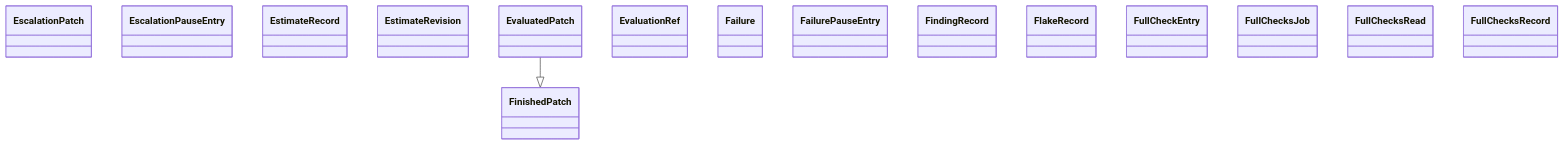
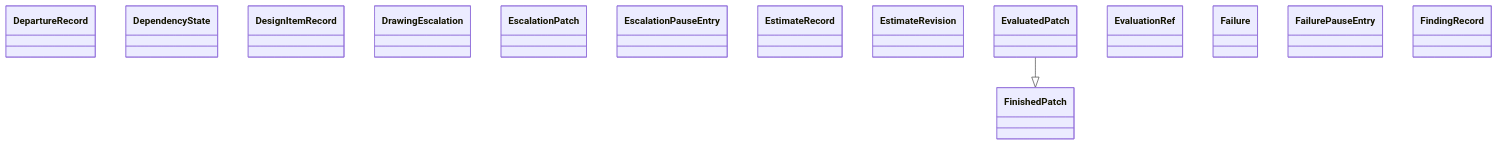
The diagram in docs/architecture/generated/classes-process-domain-state-5.md (GonzaloZevallos/agentic-system), drawn with Mermaid before and after one commit. The commit also changed other lines of this file and 27 other files, not shown here.

First line of the commit message:
Regenerate the architecture docs over current master

````diff
--- a/docs/architecture/generated/classes-process-domain-state-5.md
+++ b/docs/architecture/generated/classes-process-domain-state-5.md
@@ -29,19 +30,18 @@
 ```mermaid
 classDiagram
+    class task__DepartureRecord["DepartureRecord"]
+    class task__DependencyState["DependencyState"]
+    class task__DesignItemRecord["DesignItemRecord"]
+    class task__DrawingEscalation["DrawingEscalation"]
     class task__EscalationPatch["EscalationPatch"]
     class task__EscalationPauseEntry["EscalationPauseEntry"]
     class task__EstimateRecord["EstimateRecord"]
     class task__EstimateRevision["EstimateRevision"]
     class task__EvaluatedPatch["EvaluatedPatch"]
     class task__EvaluationRef["EvaluationRef"]
     class task__Failure["Failure"]
     class task__FailurePauseEntry["FailurePauseEntry"]
     class task__FindingRecord["FindingRecord"]
     class task__FinishedPatch["FinishedPatch"]
-    class task__FlakeRecord["FlakeRecord"]
-    class task__FullCheckEntry["FullCheckEntry"]
-    class task__FullChecksJob["FullChecksJob"]
-    class task__FullChecksRead["FullChecksRead"]
-    class task__FullChecksRecord["FullChecksRecord"]
     task__EvaluatedPatch --|> task__FinishedPatch
 ```
````
